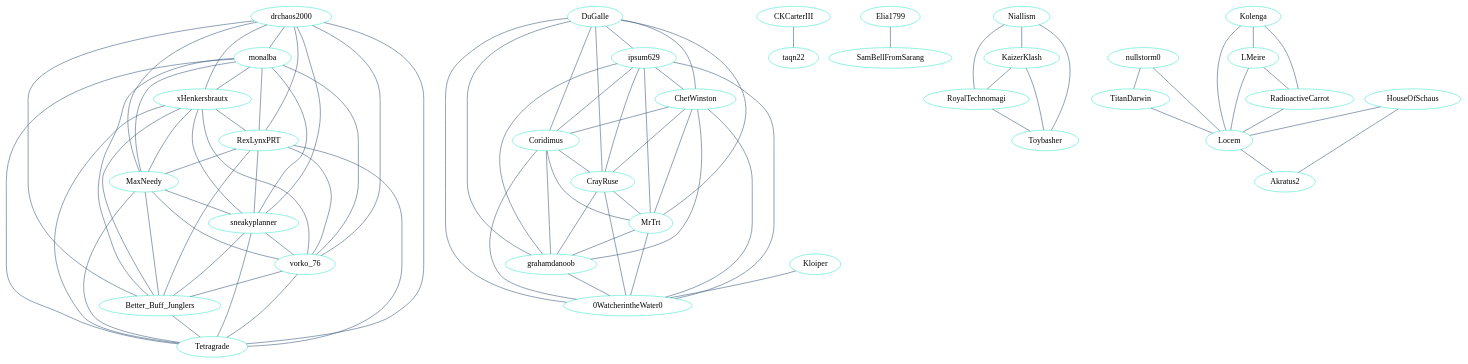
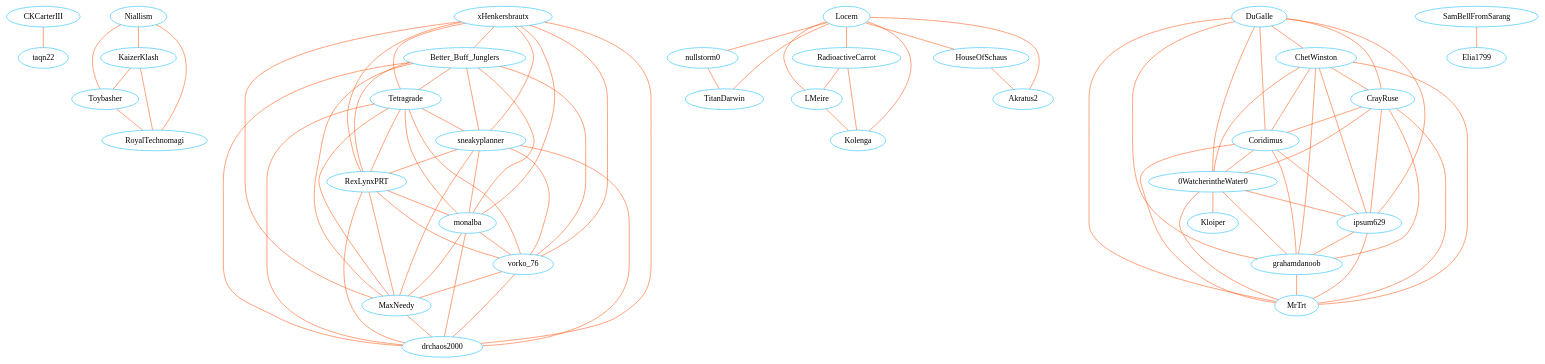
Before and after one commit to Ignaz503/Socialmedia-Tech-2021: the diagram in data/graphs/user_user.dot, drawn with Graphviz. The commit also changed 23 other files, not shown here.

Commit message:
massive improvement for user user graph generation from 1m39 seconds down to 0.0028 seconds, which is a 35.455,96 times faster

```diff
--- a/data/graphs/user_user.dot
+++ b/data/graphs/user_user.dot
@@ -1,479 +1,479 @@
 strict graph "" {
 	node [label="\N"];
-	0	[color="#45e9ce",
+	0	[color="#1fbfff",
+		label=CKCarterIII,
+		size=5.0,
+		title=CKCarterIII];
+	1	[color="#1fbfff",
+		label=taqn22,
+		size=5.0,
+		title=taqn22];
+	0 -- 1	[color="#ff5f1f",
+		title="['CrusaderKings', 'civ']",
+		weight=2,
+		width=2];
+	3	[color="#1fbfff",
+		label=Niallism,
+		size=5.0,
+		title=Niallism];
+	4	[color="#1fbfff",
+		label=KaizerKlash,
+		size=5.0,
+		title=KaizerKlash];
+	3 -- 4	[color="#ff5f1f",
+		title="['Stellaris', 'civ']",
+		weight=2,
+		width=2];
+	5	[color="#1fbfff",
+		label=Toybasher,
+		size=5.0,
+		title=Toybasher];
+	3 -- 5	[color="#ff5f1f",
+		title="['Stellaris', 'civ']",
+		weight=2,
+		width=2];
+	6	[color="#1fbfff",
+		label=RoyalTechnomagi,
+		size=5.0,
+		title=RoyalTechnomagi];
+	3 -- 6	[color="#ff5f1f",
+		title="['Stellaris', 'civ']",
+		weight=2,
+		width=2];
+	4 -- 5	[color="#ff5f1f",
+		title="['Stellaris', 'civ']",
+		weight=2,
+		width=2];
+	4 -- 6	[color="#ff5f1f",
+		title="['Stellaris', 'civ']",
+		weight=2,
+		width=2];
+	5 -- 6	[color="#ff5f1f",
+		title="['Stellaris', 'civ']",
+		weight=2,
+		width=2];
+	8	[color="#1fbfff",
+		label=xHenkersbrautx,
+		size=5.0,
+		title=xHenkersbrautx];
+	9	[color="#1fbfff",
+		label=Better_Buff_Junglers,
+		size=5.0,
+		title=Better_Buff_Junglers];
+	8 -- 9	[color="#ff5f1f",
+		title="['CrusaderKings', 'eu4']",
+		weight=2,
+		width=2];
+	10	[color="#1fbfff",
+		label=Tetragrade,
+		size=5.0,
+		title=Tetragrade];
+	8 -- 10	[color="#ff5f1f",
+		title="['CrusaderKings', 'eu4']",
+		weight=2,
+		width=2];
+	11	[color="#1fbfff",
+		label=sneakyplanner,
+		size=5.0,
+		title=sneakyplanner];
+	8 -- 11	[color="#ff5f1f",
+		title="['CrusaderKings', 'eu4']",
+		weight=2,
+		width=2];
+	12	[color="#1fbfff",
+		label=RexLynxPRT,
+		size=5.0,
+		title=RexLynxPRT];
+	8 -- 12	[color="#ff5f1f",
+		title="['CrusaderKings', 'eu4']",
+		weight=2,
+		width=2];
+	13	[color="#1fbfff",
+		label=monalba,
+		size=5.0,
+		title=monalba];
+	8 -- 13	[color="#ff5f1f",
+		title="['CrusaderKings', 'eu4']",
+		weight=2,
+		width=2];
+	14	[color="#1fbfff",
+		label=vorko_76,
+		size=5.0,
+		title=vorko_76];
+	8 -- 14	[color="#ff5f1f",
+		title="['CrusaderKings', 'eu4']",
+		weight=2,
+		width=2];
+	15	[color="#1fbfff",
+		label=MaxNeedy,
+		size=5.0,
+		title=MaxNeedy];
+	8 -- 15	[color="#ff5f1f",
+		title="['CrusaderKings', 'eu4']",
+		weight=2,
+		width=2];
+	16	[color="#1fbfff",
 		label=drchaos2000,
 		size=5.0,
 		title=drchaos2000];
-	1	[color="#45e9ce",
-		label=monalba,
-		size=5.0,
-		title=monalba];
-	0 -- 1	[color="#3e5c7f",
+	8 -- 16	[color="#ff5f1f",
 		title="['CrusaderKings', 'eu4']",
 		weight=2,
 		width=2];
-	2	[color="#45e9ce",
-		label=xHenkersbrautx,
-		size=5.0,
-		title=xHenkersbrautx];
-	0 -- 2	[color="#3e5c7f",
+	9 -- 10	[color="#ff5f1f",
 		title="['CrusaderKings', 'eu4']",
 		weight=2,
 		width=2];
-	4	[color="#45e9ce",
-		label=RexLynxPRT,
-		size=5.0,
-		title=RexLynxPRT];
-	0 -- 4	[color="#3e5c7f",
+	9 -- 11	[color="#ff5f1f",
 		title="['CrusaderKings', 'eu4']",
 		weight=2,
 		width=2];
-	16	[color="#45e9ce",
-		label=MaxNeedy,
-		size=5.0,
-		title=MaxNeedy];
-	0 -- 16	[color="#3e5c7f",
+	9 -- 12	[color="#ff5f1f",
 		title="['CrusaderKings', 'eu4']",
 		weight=2,
 		width=2];
-	18	[color="#45e9ce",
-		label=sneakyplanner,
-		size=5.0,
-		title=sneakyplanner];
-	0 -- 18	[color="#3e5c7f",
+	9 -- 13	[color="#ff5f1f",
 		title="['CrusaderKings', 'eu4']",
 		weight=2,
 		width=2];
-	22	[color="#45e9ce",
-		label=vorko_76,
-		size=5.0,
-		title=vorko_76];
-	0 -- 22	[color="#3e5c7f",
+	9 -- 14	[color="#ff5f1f",
 		title="['CrusaderKings', 'eu4']",
 		weight=2,
 		width=2];
-	27	[color="#45e9ce",
-		label=Better_Buff_Junglers,
-		size=5.0,
-		title=Better_Buff_Junglers];
-	0 -- 27	[color="#3e5c7f",
+	9 -- 15	[color="#ff5f1f",
 		title="['CrusaderKings', 'eu4']",
 		weight=2,
 		width=2];
-	31	[color="#45e9ce",
-		label=Tetragrade,
-		size=5.0,
-		title=Tetragrade];
-	0 -- 31	[color="#3e5c7f",
+	9 -- 16	[color="#ff5f1f",
 		title="['CrusaderKings', 'eu4']",
 		weight=2,
 		width=2];
-	1 -- 2	[color="#3e5c7f",
+	10 -- 11	[color="#ff5f1f",
 		title="['CrusaderKings', 'eu4']",
 		weight=2,
 		width=2];
-	1 -- 4	[color="#3e5c7f",
+	10 -- 12	[color="#ff5f1f",
 		title="['CrusaderKings', 'eu4']",
 		weight=2,
 		width=2];
-	1 -- 16	[color="#3e5c7f",
+	10 -- 13	[color="#ff5f1f",
 		title="['CrusaderKings', 'eu4']",
 		weight=2,
 		width=2];
-	1 -- 18	[color="#3e5c7f",
+	10 -- 14	[color="#ff5f1f",
 		title="['CrusaderKings', 'eu4']",
 		weight=2,
 		width=2];
-	1 -- 22	[color="#3e5c7f",
+	10 -- 15	[color="#ff5f1f",
 		title="['CrusaderKings', 'eu4']",
 		weight=2,
 		width=2];
-	1 -- 27	[color="#3e5c7f",
+	10 -- 16	[color="#ff5f1f",
 		title="['CrusaderKings', 'eu4']",
 		weight=2,
 		width=2];
-	1 -- 31	[color="#3e5c7f",
+	11 -- 12	[color="#ff5f1f",
 		title="['CrusaderKings', 'eu4']",
 		weight=2,
 		width=2];
-	2 -- 4	[color="#3e5c7f",
+	11 -- 13	[color="#ff5f1f",
 		title="['CrusaderKings', 'eu4']",
 		weight=2,
 		width=2];
-	2 -- 16	[color="#3e5c7f",
+	11 -- 14	[color="#ff5f1f",
 		title="['CrusaderKings', 'eu4']",
 		weight=2,
 		width=2];
-	2 -- 18	[color="#3e5c7f",
+	11 -- 15	[color="#ff5f1f",
 		title="['CrusaderKings', 'eu4']",
 		weight=2,
 		width=2];
-	2 -- 22	[color="#3e5c7f",
+	11 -- 16	[color="#ff5f1f",
 		title="['CrusaderKings', 'eu4']",
 		weight=2,
 		width=2];
-	2 -- 27	[color="#3e5c7f",
+	12 -- 13	[color="#ff5f1f",
 		title="['CrusaderKings', 'eu4']",
 		weight=2,
 		width=2];
-	2 -- 31	[color="#3e5c7f",
+	12 -- 14	[color="#ff5f1f",
 		title="['CrusaderKings', 'eu4']",
 		weight=2,
 		width=2];
-	3	[color="#45e9ce",
+	12 -- 15	[color="#ff5f1f",
+		title="['CrusaderKings', 'eu4']",
+		weight=2,
+		width=2];
+	12 -- 16	[color="#ff5f1f",
+		title="['CrusaderKings', 'eu4']",
+		weight=2,
+		width=2];
+	13 -- 14	[color="#ff5f1f",
+		title="['CrusaderKings', 'eu4']",
+		weight=2,
+		width=2];
+	13 -- 15	[color="#ff5f1f",
+		title="['CrusaderKings', 'eu4']",
+		weight=2,
+		width=2];
+	13 -- 16	[color="#ff5f1f",
+		title="['CrusaderKings', 'eu4']",
+		weight=2,
+		width=2];
+	14 -- 15	[color="#ff5f1f",
+		title="['CrusaderKings', 'eu4']",
+		weight=2,
+		width=2];
+	14 -- 16	[color="#ff5f1f",
+		title="['CrusaderKings', 'eu4']",
+		weight=2,
+		width=2];
+	15 -- 16	[color="#ff5f1f",
+		title="['CrusaderKings', 'eu4']",
+		weight=2,
+		width=2];
+	17	[color="#1fbfff",
+		label=Locem,
+		size=5.0,
+		title=Locem];
+	18	[color="#1fbfff",
+		label=nullstorm0,
+		size=5.0,
+		title=nullstorm0];
+	17 -- 18	[color="#ff5f1f",
+		title="['CrusaderKings', 'totalwar']",
+		weight=2,
+		width=2];
+	19	[color="#1fbfff",
+		label=TitanDarwin,
+		size=5.0,
+		title=TitanDarwin];
+	17 -- 19	[color="#ff5f1f",
+		title="['CrusaderKings', 'totalwar']",
+		weight=2,
+		width=2];
+	20	[color="#1fbfff",
+		label=RadioactiveCarrot,
+		size=5.0,
+		title=RadioactiveCarrot];
+	17 -- 20	[color="#ff5f1f",
+		title="['Stellaris', 'CrusaderKings']",
+		weight=2,
+		width=2];
+	21	[color="#1fbfff",
+		label=LMeire,
+		size=5.0,
+		title=LMeire];
+	17 -- 21	[color="#ff5f1f",
+		title="['Stellaris', 'CrusaderKings']",
+		weight=2,
+		width=2];
+	22	[color="#1fbfff",
+		label=Kolenga,
+		size=5.0,
+		title=Kolenga];
+	17 -- 22	[color="#ff5f1f",
+		title="['Stellaris', 'CrusaderKings']",
+		weight=2,
+		width=2];
+	33	[color="#1fbfff",
+		label=HouseOfSchaus,
+		size=5.0,
+		title=HouseOfSchaus];
+	17 -- 33	[color="#ff5f1f",
+		title="['Stellaris', 'totalwar']",
+		weight=2,
+		width=2];
+	34	[color="#1fbfff",
+		label=Akratus2,
+		size=5.0,
+		title=Akratus2];
+	17 -- 34	[color="#ff5f1f",
+		title="['Stellaris', 'totalwar']",
+		weight=2,
+		width=2];
+	18 -- 19	[color="#ff5f1f",
+		title="['CrusaderKings', 'totalwar']",
+		weight=2,
+		width=2];
+	20 -- 21	[color="#ff5f1f",
+		title="['Stellaris', 'CrusaderKings']",
+		weight=2,
+		width=2];
+	20 -- 22	[color="#ff5f1f",
+		title="['Stellaris', 'CrusaderKings']",
+		weight=2,
+		width=2];
+	21 -- 22	[color="#ff5f1f",
+		title="['Stellaris', 'CrusaderKings']",
+		weight=2,
+		width=2];
+	23	[color="#1fbfff",
 		label=DuGalle,
 		size=5.0,
 		title=DuGalle];
-	10	[color="#45e9ce",
+	24	[color="#1fbfff",
+		label=ChetWinston,
+		size=5.0,
+		title=ChetWinston];
+	23 -- 24	[color="#ff5f1f",
+		title="['Stellaris', 'eu4']",
+		weight=2,
+		width=2];
+	25	[color="#1fbfff",
+		label=CrayRuse,
+		size=5.0,
+		title=CrayRuse];
+	23 -- 25	[color="#ff5f1f",
+		title="['Stellaris', 'eu4']",
+		weight=2,
+		width=2];
+	26	[color="#1fbfff",
+		label=Coridimus,
+		size=5.0,
+		title=Coridimus];
+	23 -- 26	[color="#ff5f1f",
+		title="['Stellaris', 'eu4']",
+		weight=2,
+		width=2];
+	27	[color="#1fbfff",
+		label="0WatcherintheWater0",
+		size=5.0,
+		title="0WatcherintheWater0"];
+	23 -- 27	[color="#ff5f1f",
+		title="['Stellaris', 'eu4']",
+		weight=2,
+		width=2];
+	28	[color="#1fbfff",
 		label=ipsum629,
 		size=5.0,
 		title=ipsum629];
-	3 -- 10	[color="#3e5c7f",
-		title="['eu4', 'Stellaris']",
+	23 -- 28	[color="#ff5f1f",
+		title="['Stellaris', 'eu4']",
 		weight=2,
 		width=2];
-	13	[color="#45e9ce",
-		label=ChetWinston,
+	29	[color="#1fbfff",
+		label=grahamdanoob,
 		size=5.0,
-		title=ChetWinston];
-	3 -- 13	[color="#3e5c7f",
-		title="['eu4', 'Stellaris']",
+		title=grahamdanoob];
+	23 -- 29	[color="#ff5f1f",
+		title="['Stellaris', 'eu4']",
 		weight=2,
 		width=2];
-	15	[color="#45e9ce",
-		label=Coridimus,
-		size=5.0,
-		title=Coridimus];
-	3 -- 15	[color="#3e5c7f",
-		title="['eu4', 'Stellaris']",
-		weight=2,
-		width=2];
-	19	[color="#45e9ce",
-		label=CrayRuse,
-		size=5.0,
-		title=CrayRuse];
-	3 -- 19	[color="#3e5c7f",
-		title="['eu4', 'Stellaris']",
-		weight=2,
-		width=2];
-	23	[color="#45e9ce",
+	30	[color="#1fbfff",
 		label=MrTrt,
 		size=5.0,
 		title=MrTrt];
-	3 -- 23	[color="#3e5c7f",
-		title="['eu4', 'Stellaris']",
+	23 -- 30	[color="#ff5f1f",
+		title="['Stellaris', 'eu4']",
 		weight=2,
 		width=2];
-	29	[color="#45e9ce",
-		label=grahamdanoob,
-		size=5.0,
-		title=grahamdanoob];
-	3 -- 29	[color="#3e5c7f",
-		title="['eu4', 'Stellaris']",
+	24 -- 25	[color="#ff5f1f",
+		title="['Stellaris', 'eu4']",
 		weight=2,
 		width=2];
-	32	[color="#45e9ce",
-		label="0WatcherintheWater0",
-		size=5.0,
-		title="0WatcherintheWater0"];
-	3 -- 32	[color="#3e5c7f",
-		title="['eu4', 'Stellaris']",
+	24 -- 26	[color="#ff5f1f",
+		title="['Stellaris', 'eu4']",
 		weight=2,
 		width=2];
-	4 -- 16	[color="#3e5c7f",
-		title="['CrusaderKings', 'eu4']",
+	24 -- 27	[color="#ff5f1f",
+		title="['Stellaris', 'eu4']",
 		weight=2,
 		width=2];
-	4 -- 18	[color="#3e5c7f",
-		title="['CrusaderKings', 'eu4']",
+	24 -- 28	[color="#ff5f1f",
+		title="['Stellaris', 'eu4']",
 		weight=2,
 		width=2];
-	4 -- 22	[color="#3e5c7f",
-		title="['CrusaderKings', 'eu4']",
+	24 -- 29	[color="#ff5f1f",
+		title="['Stellaris', 'eu4']",
 		weight=2,
 		width=2];
-	4 -- 27	[color="#3e5c7f",
-		title="['CrusaderKings', 'eu4']",
+	24 -- 30	[color="#ff5f1f",
+		title="['Stellaris', 'eu4']",
 		weight=2,
 		width=2];
-	4 -- 31	[color="#3e5c7f",
-		title="['CrusaderKings', 'eu4']",
+	25 -- 26	[color="#ff5f1f",
+		title="['Stellaris', 'eu4']",
 		weight=2,
 		width=2];
-	5	[color="#45e9ce",
-		label=CKCarterIII,
-		size=5.0,
-		title=CKCarterIII];
-	20	[color="#45e9ce",
-		label=taqn22,
-		size=5.0,
-		title=taqn22];
-	5 -- 20	[color="#3e5c7f",
-		title="['civ', 'CrusaderKings']",
+	25 -- 27	[color="#ff5f1f",
+		title="['Stellaris', 'eu4']",
 		weight=2,
 		width=2];
-	6	[color="#45e9ce",
+	25 -- 28	[color="#ff5f1f",
+		title="['Stellaris', 'eu4']",
+		weight=2,
+		width=2];
+	25 -- 29	[color="#ff5f1f",
+		title="['Stellaris', 'eu4']",
+		weight=2,
+		width=2];
+	25 -- 30	[color="#ff5f1f",
+		title="['Stellaris', 'eu4']",
+		weight=2,
+		width=2];
+	26 -- 27	[color="#ff5f1f",
+		title="['Stellaris', 'eu4']",
+		weight=2,
+		width=2];
+	26 -- 28	[color="#ff5f1f",
+		title="['Stellaris', 'eu4']",
+		weight=2,
+		width=2];
+	26 -- 29	[color="#ff5f1f",
+		title="['Stellaris', 'eu4']",
+		weight=2,
+		width=2];
+	26 -- 30	[color="#ff5f1f",
+		title="['Stellaris', 'eu4']",
+		weight=2,
+		width=2];
+	27 -- 28	[color="#ff5f1f",
+		title="['Stellaris', 'eu4']",
+		weight=2,
+		width=2];
+	27 -- 29	[color="#ff5f1f",
+		title="['Stellaris', 'eu4']",
+		weight=2,
+		width=2];
+	27 -- 30	[color="#ff5f1f",
+		title="['Stellaris', 'eu4']",
+		weight=2,
+		width=2];
+	31	[color="#1fbfff",
+		label=Kloiper,
+		size=5.0,
+		title=Kloiper];
+	27 -- 31	[color="#ff5f1f",
+		title="['eu4', 'hoi4']",
+		weight=2,
+		width=2];
+	28 -- 29	[color="#ff5f1f",
+		title="['Stellaris', 'eu4']",
+		weight=2,
+		width=2];
+	28 -- 30	[color="#ff5f1f",
+		title="['Stellaris', 'eu4']",
+		weight=2,
+		width=2];
+	29 -- 30	[color="#ff5f1f",
+		title="['Stellaris', 'eu4']",
+		weight=2,
+		width=2];
+	33 -- 34	[color="#ff5f1f",
+		title="['Stellaris', 'totalwar']",
+		weight=2,
+		width=2];
+	35	[color="#1fbfff",
+		label=SamBellFromSarang,
+		size=5.0,
+		title=SamBellFromSarang];
+	36	[color="#1fbfff",
 		label=Elia1799,
 		size=5.0,
 		title=Elia1799];
-	11	[color="#45e9ce",
-		label=SamBellFromSarang,
-		size=5.0,
-		title=SamBellFromSarang];
-	6 -- 11	[color="#3e5c7f",
-		title="['SimCity', 'CitiesSkylines']",
-		weight=2,
-		width=2];
-	7	[color="#45e9ce",
-		label=Niallism,
-		size=5.0,
-		title=Niallism];
-	21	[color="#45e9ce",
-		label=KaizerKlash,
-		size=5.0,
-		title=KaizerKlash];
-	7 -- 21	[color="#3e5c7f",
-		title="['civ', 'Stellaris']",
-		weight=2,
-		width=2];
-	24	[color="#45e9ce",
-		label=RoyalTechnomagi,
-		size=5.0,
-		title=RoyalTechnomagi];
-	7 -- 24	[color="#3e5c7f",
-		title="['civ', 'Stellaris']",
-		weight=2,
-		width=2];
-	28	[color="#45e9ce",
-		label=Toybasher,
-		size=5.0,
-		title=Toybasher];
-	7 -- 28	[color="#3e5c7f",
-		title="['civ', 'Stellaris']",
-		weight=2,
-		width=2];
-	8	[color="#45e9ce",
-		label=nullstorm0,
-		size=5.0,
-		title=nullstorm0];
-	17	[color="#45e9ce",
-		label=TitanDarwin,
-		size=5.0,
-		title=TitanDarwin];
-	8 -- 17	[color="#3e5c7f",
-		title="['CrusaderKings', 'totalwar']",
-		weight=2,
-		width=2];
-	30	[color="#45e9ce",
-		label=Locem,
-		size=5.0,
-		title=Locem];
-	8 -- 30	[color="#3e5c7f",
-		title="['CrusaderKings', 'totalwar']",
-		weight=2,
-		width=2];
-	9	[color="#45e9ce",
-		label=Kolenga,
-		size=5.0,
-		title=Kolenga];
-	12	[color="#45e9ce",
-		label=LMeire,
-		size=5.0,
-		title=LMeire];
-	9 -- 12	[color="#3e5c7f",
-		title="['CrusaderKings', 'Stellaris']",
-		weight=2,
-		width=2];
-	14	[color="#45e9ce",
-		label=RadioactiveCarrot,
-		size=5.0,
-		title=RadioactiveCarrot];
-	9 -- 14	[color="#3e5c7f",
-		title="['CrusaderKings', 'Stellaris']",
-		weight=2,
-		width=2];
-	9 -- 30	[color="#3e5c7f",
-		title="['CrusaderKings', 'Stellaris']",
-		weight=2,
-		width=2];
-	10 -- 13	[color="#3e5c7f",
-		title="['eu4', 'Stellaris']",
-		weight=2,
-		width=2];
-	10 -- 15	[color="#3e5c7f",
-		title="['eu4', 'Stellaris']",
-		weight=2,
-		width=2];
-	10 -- 19	[color="#3e5c7f",
-		title="['eu4', 'Stellaris']",
-		weight=2,
-		width=2];
-	10 -- 23	[color="#3e5c7f",
-		title="['eu4', 'Stellaris']",
-		weight=2,
-		width=2];
-	10 -- 29	[color="#3e5c7f",
-		title="['eu4', 'Stellaris']",
-		weight=2,
-		width=2];
-	10 -- 32	[color="#3e5c7f",
-		title="['eu4', 'Stellaris']",
-		weight=2,
-		width=2];
-	12 -- 14	[color="#3e5c7f",
-		title="['CrusaderKings', 'Stellaris']",
-		weight=2,
-		width=2];
-	12 -- 30	[color="#3e5c7f",
-		title="['CrusaderKings', 'Stellaris']",
-		weight=2,
-		width=2];
-	13 -- 15	[color="#3e5c7f",
-		title="['eu4', 'Stellaris']",
-		weight=2,
-		width=2];
-	13 -- 19	[color="#3e5c7f",
-		title="['eu4', 'Stellaris']",
-		weight=2,
-		width=2];
-	13 -- 23	[color="#3e5c7f",
-		title="['eu4', 'Stellaris']",
-		weight=2,
-		width=2];
-	13 -- 29	[color="#3e5c7f",
-		title="['eu4', 'Stellaris']",
-		weight=2,
-		width=2];
-	13 -- 32	[color="#3e5c7f",
-		title="['eu4', 'Stellaris']",
-		weight=2,
-		width=2];
-	14 -- 30	[color="#3e5c7f",
-		title="['CrusaderKings', 'Stellaris']",
-		weight=2,
-		width=2];
-	15 -- 19	[color="#3e5c7f",
-		title="['eu4', 'Stellaris']",
-		weight=2,
-		width=2];
-	15 -- 23	[color="#3e5c7f",
-		title="['eu4', 'Stellaris']",
-		weight=2,
-		width=2];
-	15 -- 29	[color="#3e5c7f",
-		title="['eu4', 'Stellaris']",
-		weight=2,
-		width=2];
-	15 -- 32	[color="#3e5c7f",
-		title="['eu4', 'Stellaris']",
-		weight=2,
-		width=2];
-	16 -- 18	[color="#3e5c7f",
-		title="['CrusaderKings', 'eu4']",
-		weight=2,
-		width=2];
-	16 -- 22	[color="#3e5c7f",
-		title="['CrusaderKings', 'eu4']",
-		weight=2,
-		width=2];
-	16 -- 27	[color="#3e5c7f",
-		title="['CrusaderKings', 'eu4']",
-		weight=2,
-		width=2];
-	16 -- 31	[color="#3e5c7f",
-		title="['CrusaderKings', 'eu4']",
-		weight=2,
-		width=2];
-	17 -- 30	[color="#3e5c7f",
-		title="['CrusaderKings', 'totalwar']",
-		weight=2,
-		width=2];
-	18 -- 22	[color="#3e5c7f",
-		title="['CrusaderKings', 'eu4']",
-		weight=2,
-		width=2];
-	18 -- 27	[color="#3e5c7f",
-		title="['CrusaderKings', 'eu4']",
-		weight=2,
-		width=2];
-	18 -- 31	[color="#3e5c7f",
-		title="['CrusaderKings', 'eu4']",
-		weight=2,
-		width=2];
-	19 -- 23	[color="#3e5c7f",
-		title="['eu4', 'Stellaris']",
-		weight=2,
-		width=2];
-	19 -- 29	[color="#3e5c7f",
-		title="['eu4', 'Stellaris']",
-		weight=2,
-		width=2];
-	19 -- 32	[color="#3e5c7f",
-		title="['eu4', 'Stellaris']",
-		weight=2,
-		width=2];
-	21 -- 24	[color="#3e5c7f",
-		title="['civ', 'Stellaris']",
-		weight=2,
-		width=2];
-	21 -- 28	[color="#3e5c7f",
-		title="['civ', 'Stellaris']",
-		weight=2,
-		width=2];
-	22 -- 27	[color="#3e5c7f",
-		title="['CrusaderKings', 'eu4']",
-		weight=2,
-		width=2];
-	22 -- 31	[color="#3e5c7f",
-		title="['CrusaderKings', 'eu4']",
-		weight=2,
-		width=2];
-	23 -- 29	[color="#3e5c7f",
-		title="['eu4', 'Stellaris']",
-		weight=2,
-		width=2];
-	23 -- 32	[color="#3e5c7f",
-		title="['eu4', 'Stellaris']",
-		weight=2,
-		width=2];
-	24 -- 28	[color="#3e5c7f",
-		title="['civ', 'Stellaris']",
-		weight=2,
-		width=2];
-	25	[color="#45e9ce",
-		label=Kloiper,
-		size=5.0,
-		title=Kloiper];
-	25 -- 32	[color="#3e5c7f",
-		title="['eu4', 'hoi4']",
-		weight=2,
-		width=2];
-	26	[color="#45e9ce",
-		label=HouseOfSchaus,
-		size=5.0,
-		title=HouseOfSchaus];
-	26 -- 30	[color="#3e5c7f",
-		title="['totalwar', 'Stellaris']",
-		weight=2,
-		width=2];
-	33	[color="#45e9ce",
-		label=Akratus2,
-		size=5.0,
-		title=Akratus2];
-	26 -- 33	[color="#3e5c7f",
-		title="['totalwar', 'Stellaris']",
-		weight=2,
-		width=2];
-	27 -- 31	[color="#3e5c7f",
-		title="['CrusaderKings', 'eu4']",
-		weight=2,
-		width=2];
-	29 -- 32	[color="#3e5c7f",
-		title="['eu4', 'Stellaris']",
-		weight=2,
-		width=2];
-	30 -- 33	[color="#3e5c7f",
-		title="['totalwar', 'Stellaris']",
+	35 -- 36	[color="#ff5f1f",
+		title="['CitiesSkylines', 'SimCity']",
 		weight=2,
 		width=2];
 }
```
